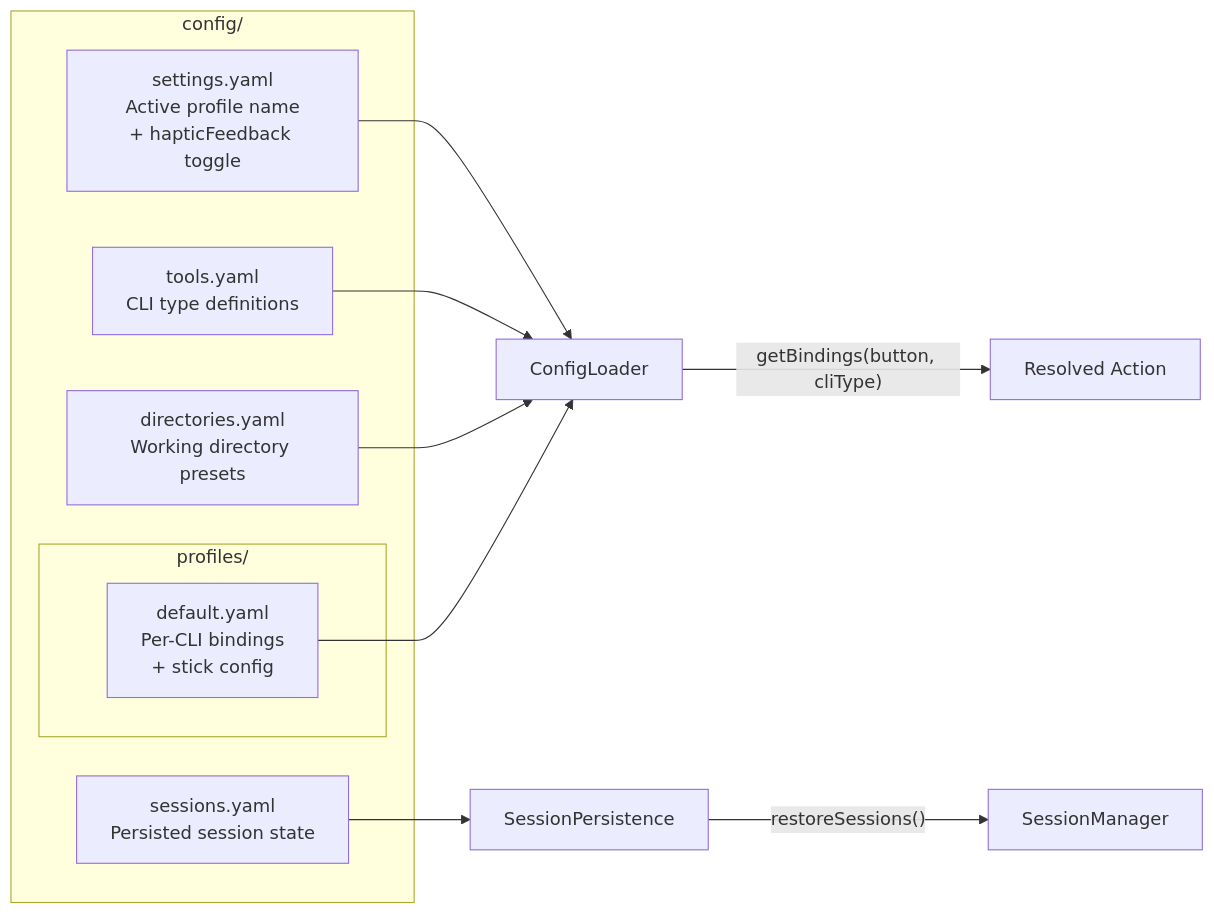
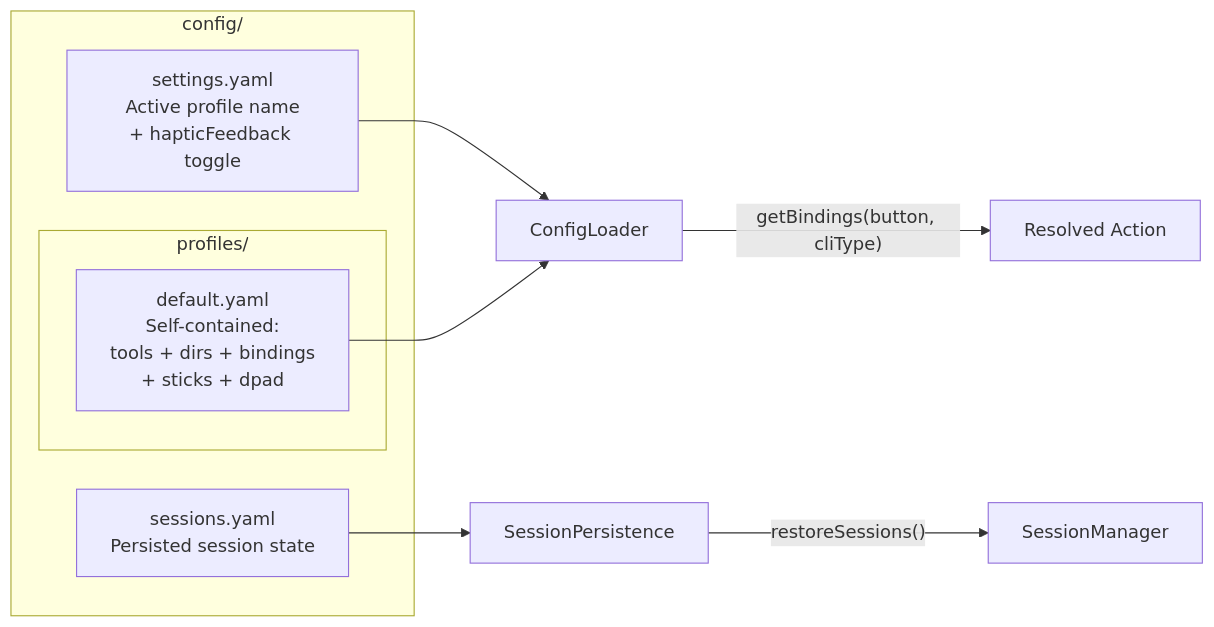
The third of 3 diagrams in .github/copilot-instructions.md (PetePeter/gamepad-cli-hub), drawn with Mermaid before and after one commit. The commit also changed other lines of this file and 7 other files, not shown here.

First line of the commit message:
feat: merge tools & directories into self-contained profile YAML

````diff
--- a/.github/copilot-instructions.md
+++ b/.github/copilot-instructions.md
@@ -128,20 +128,16 @@
 ```mermaid
 graph LR
     subgraph "config/"
         S[settings.yaml<br/>Active profile name<br/>+ hapticFeedback toggle]
-        T[tools.yaml<br/>CLI type definitions]
-        D[directories.yaml<br/>Working directory presets]
         SS[sessions.yaml<br/>Persisted session state]
         subgraph "profiles/"
-            P[default.yaml<br/>Per-CLI bindings<br/>+ stick config]
+            P[default.yaml<br/>Self-contained:<br/>tools + dirs + bindings<br/>+ sticks + dpad]
         end
     end
 
     S --> CL[ConfigLoader]
-    T --> CL
-    D --> CL
     SS --> SP[SessionPersistence]
     P --> CL
     CL --> |"getBindings(button, cliType)"| R[Resolved Action]
     SP --> |"restoreSessions()"| SM[SessionManager]
 ```
````
